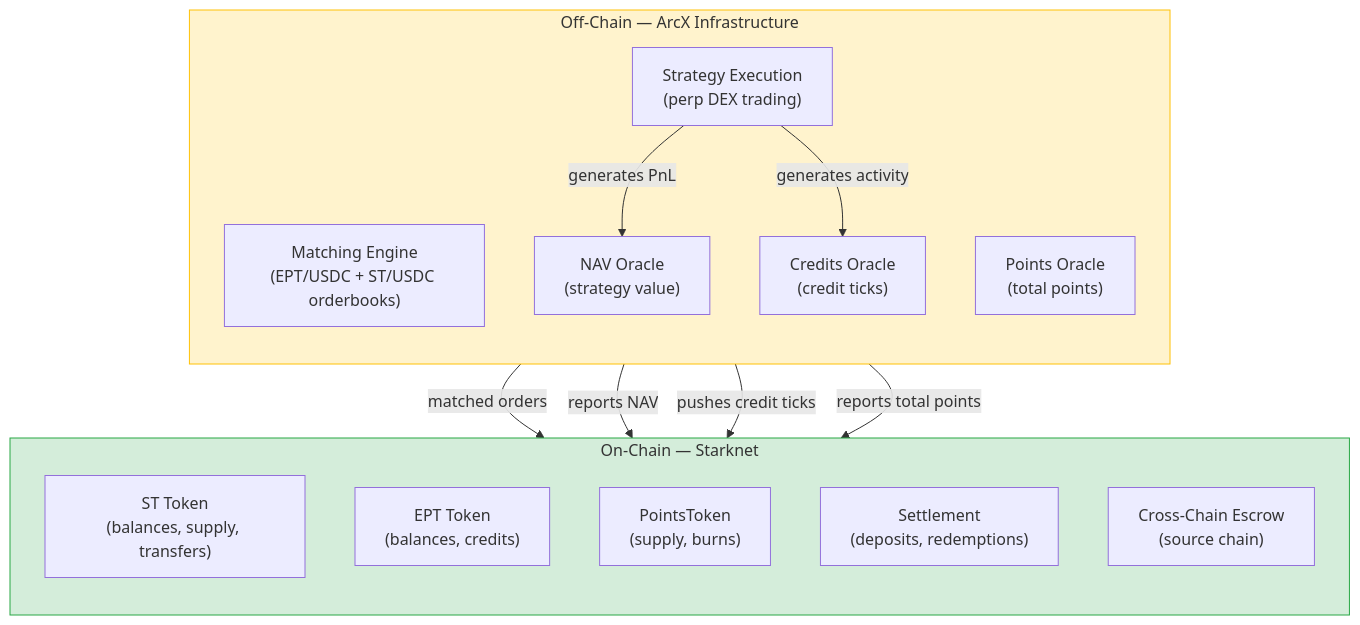
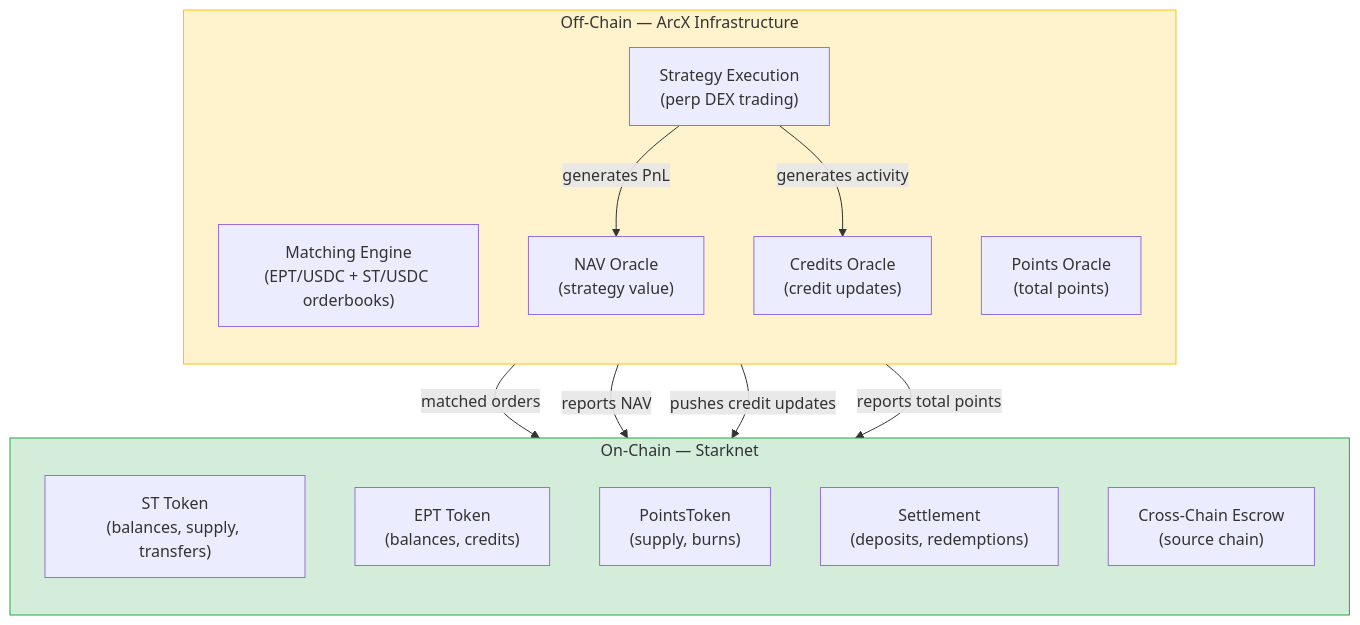
Before and after one commit to karnotxyz/docs: the diagram in deep-dives/trust-model-and-security.mdx, drawn with Mermaid. The commit also changed other lines of this file and 13 other files, not shown here.

````diff
--- a/deep-dives/trust-model-and-security.mdx
+++ b/deep-dives/trust-model-and-security.mdx
@@ -197,30 +197,30 @@
 ```mermaid
 flowchart TB
     subgraph ON_CHAIN["On-Chain — Starknet"]
         direction TB
         ST["ST Token\n(balances, supply, transfers)"]
         EPT["EPT Token\n(balances, credits)"]
         PT["PointsToken\n(supply, burns)"]
         SETTLE["Settlement\n(deposits, redemptions)"]
         ESC["Cross-Chain Escrow\n(source chain)"]
     end
 
     subgraph OFF_CHAIN["Off-Chain — ArcX Infrastructure"]
         direction TB
         MATCH["Matching Engine\n(EPT/USDC + ST/USDC orderbooks)"]
         NAV["NAV Oracle\n(strategy value)"]
-        CR["Credits Oracle\n(credit ticks)"]
+        CR["Credits Oracle\n(credit updates)"]
         FP["Points Oracle\n(total points)"]
         STRAT["Strategy Execution\n(perp DEX trading)"]
     end
 
     MATCH -->|"matched orders"| SETTLE
     NAV -->|"reports NAV"| ST
-    CR -->|"pushes credit ticks"| EPT
+    CR -->|"pushes credit updates"| EPT
     FP -->|"reports total points"| EPT
     STRAT -->|"generates PnL"| NAV
     STRAT -->|"generates activity"| CR
 
     style ON_CHAIN fill:#d4edda,stroke:#28a745
     style OFF_CHAIN fill:#fff3cd,stroke:#ffc107
 ```
````
